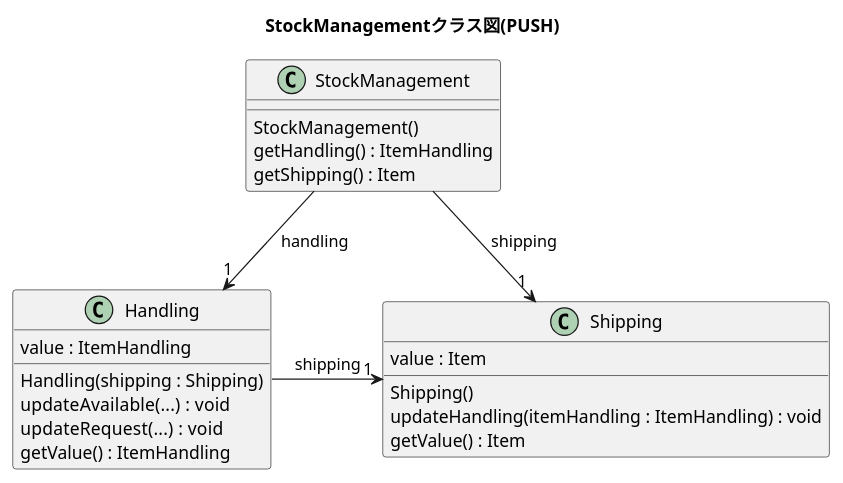
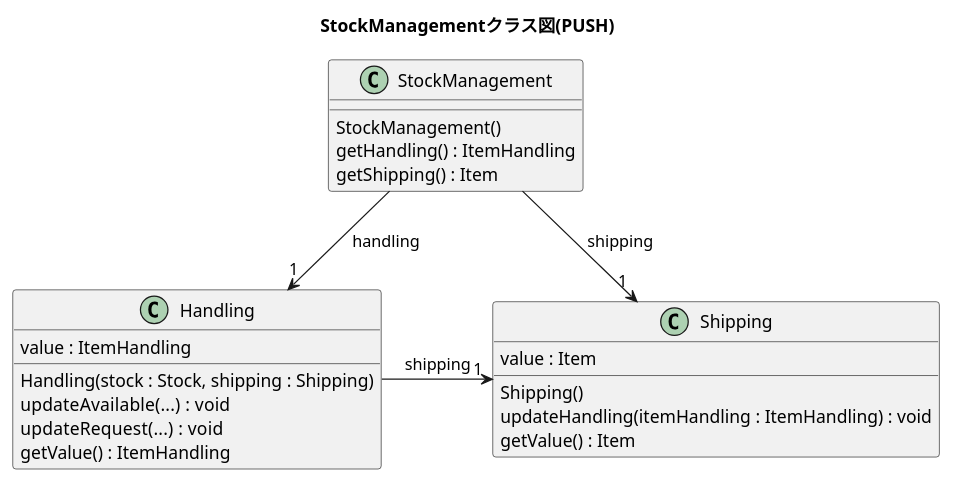
Before and after one commit to nitta-lab/pushpullRefactoringExperiments: the diagram in images/stock_class_push.pu, drawn with PlantUML. The commit also changed 9 other files, not shown here.

Commit message:
EnvironmentAlgolike.html へのリンクが間違っていたのを修正． StockManagementのクラス図のHandlingクラスのコンストラクタの引数が足りなかったのを修正． Closing.html から最終アンケートへのリンクが間違っていたのを修正．

```diff
--- a/images/stock_class_push.pu
+++ b/images/stock_class_push.pu
@@ -1,25 +1,25 @@
 @startuml
 title StockManagementクラス図(PUSH)
 class StockManagement{
     StockManagement()
     getHandling() : ItemHandling
     getShipping() : Item
 }
 class Handling{
     value : ItemHandling
-    Handling(shipping : Shipping)
+    Handling(stock : Stock, shipping : Shipping)
     updateAvailable(...)  : void
     updateRequest(...)  : void
     getValue() : ItemHandling
 }
 class Shipping{
     value : Item
     Shipping()
     updateHandling(itemHandling : ItemHandling) : void
     getValue() : Item
 }
 StockManagement -->"1" Handling :handling
 StockManagement -->"1" Shipping  :shipping
 Handling ->"1" Shipping : shipping
 
 @enduml
```
